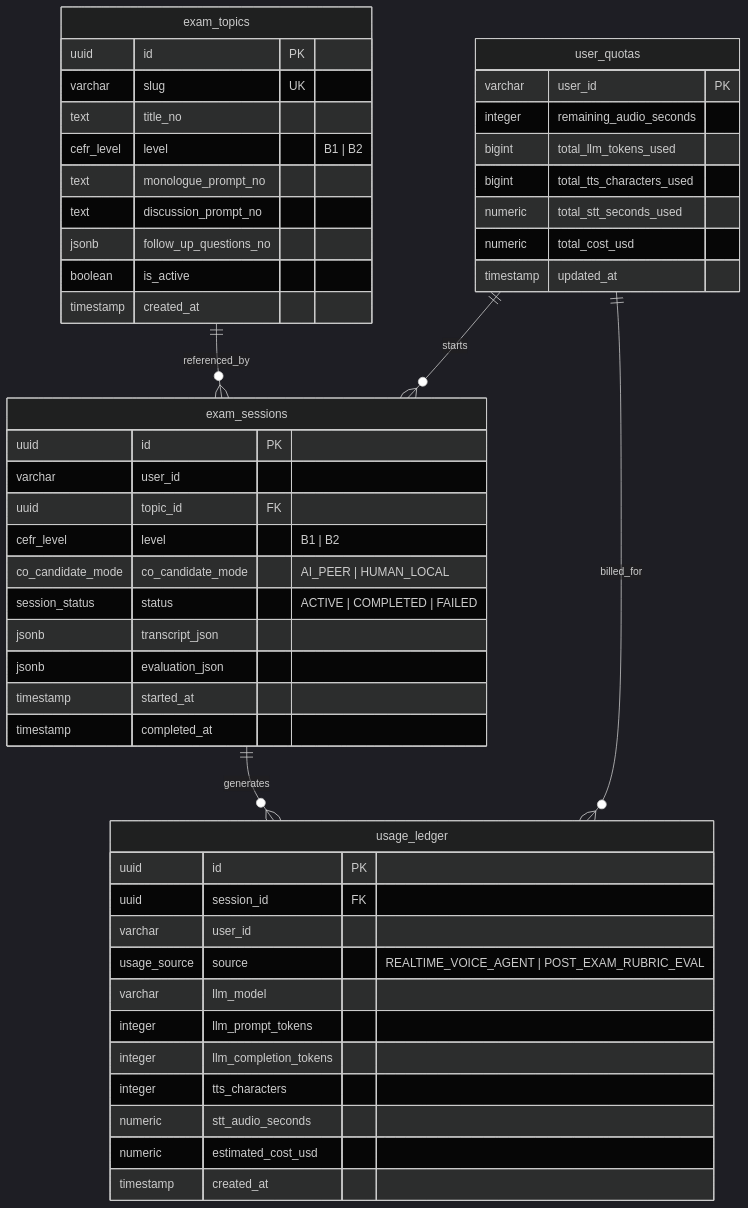
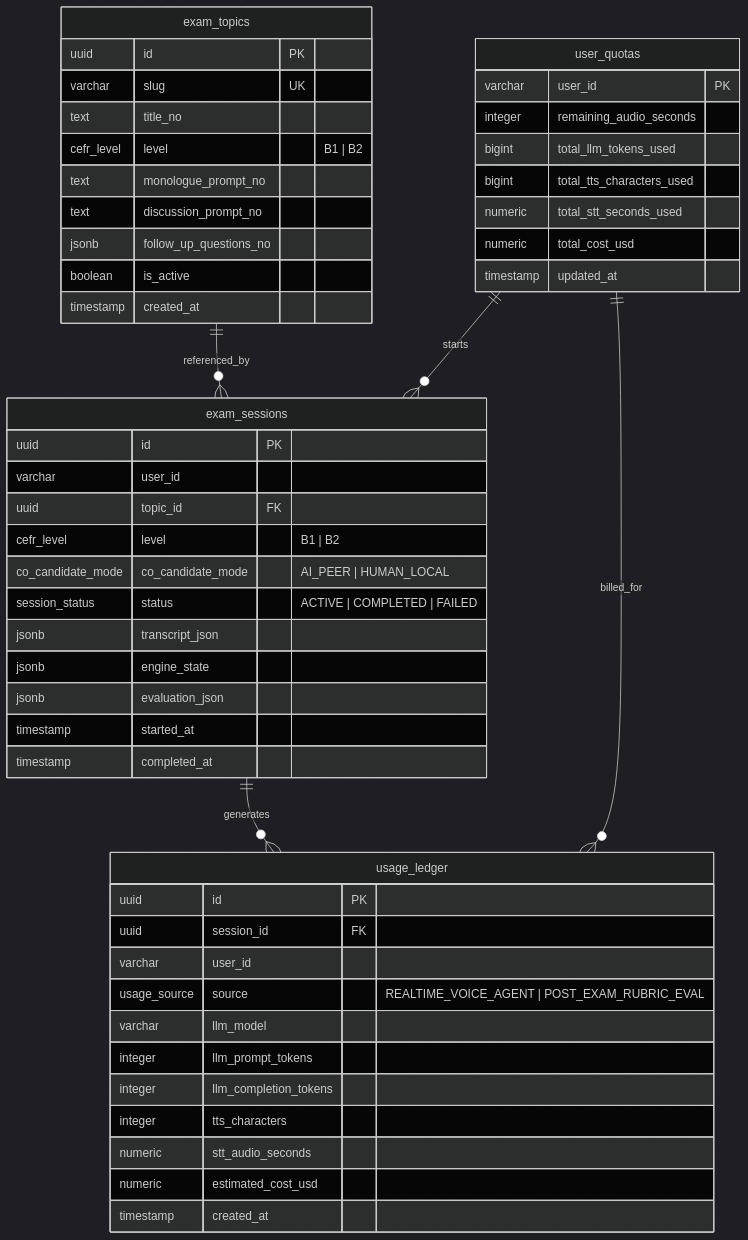
One commit to mujtabanaqvi/norsk-app changed the diagram in docs/DATABASE_SCHEMA.md. Above: the diagram before and after it, drawn with Mermaid (dark theme). The commit also changed other lines of this file and 2 other files, not shown here.

````diff
--- a/docs/DATABASE_SCHEMA.md
+++ b/docs/DATABASE_SCHEMA.md
@@ -9,56 +9,57 @@
 ```mermaid
 erDiagram
     exam_topics ||--o{ exam_sessions : "referenced_by"
     user_quotas ||--o{ exam_sessions : "starts"
     user_quotas ||--o{ usage_ledger : "billed_for"
     exam_sessions ||--o{ usage_ledger : "generates"
 
     exam_topics {
         uuid id PK
         varchar slug UK
         text title_no
         cefr_level level "B1 | B2"
         text monologue_prompt_no
         text discussion_prompt_no
         jsonb follow_up_questions_no
         boolean is_active
         timestamp created_at
     }
 
     user_quotas {
         varchar user_id PK
         integer remaining_audio_seconds
         bigint total_llm_tokens_used
         bigint total_tts_characters_used
         numeric total_stt_seconds_used
         numeric total_cost_usd
         timestamp updated_at
     }
 
     exam_sessions {
         uuid id PK
         varchar user_id
         uuid topic_id FK
         cefr_level level "B1 | B2"
         co_candidate_mode co_candidate_mode "AI_PEER | HUMAN_LOCAL"
         session_status status "ACTIVE | COMPLETED | FAILED"
         jsonb transcript_json
+        jsonb engine_state
         jsonb evaluation_json
         timestamp started_at
         timestamp completed_at
     }
 
     usage_ledger {
         uuid id PK
         uuid session_id FK
         varchar user_id
         usage_source source "REALTIME_VOICE_AGENT | POST_EXAM_RUBRIC_EVAL"
         varchar llm_model
         integer llm_prompt_tokens
         integer llm_completion_tokens
         integer tts_characters
         numeric stt_audio_seconds
         numeric estimated_cost_usd
         timestamp created_at
     }
 ```
````
